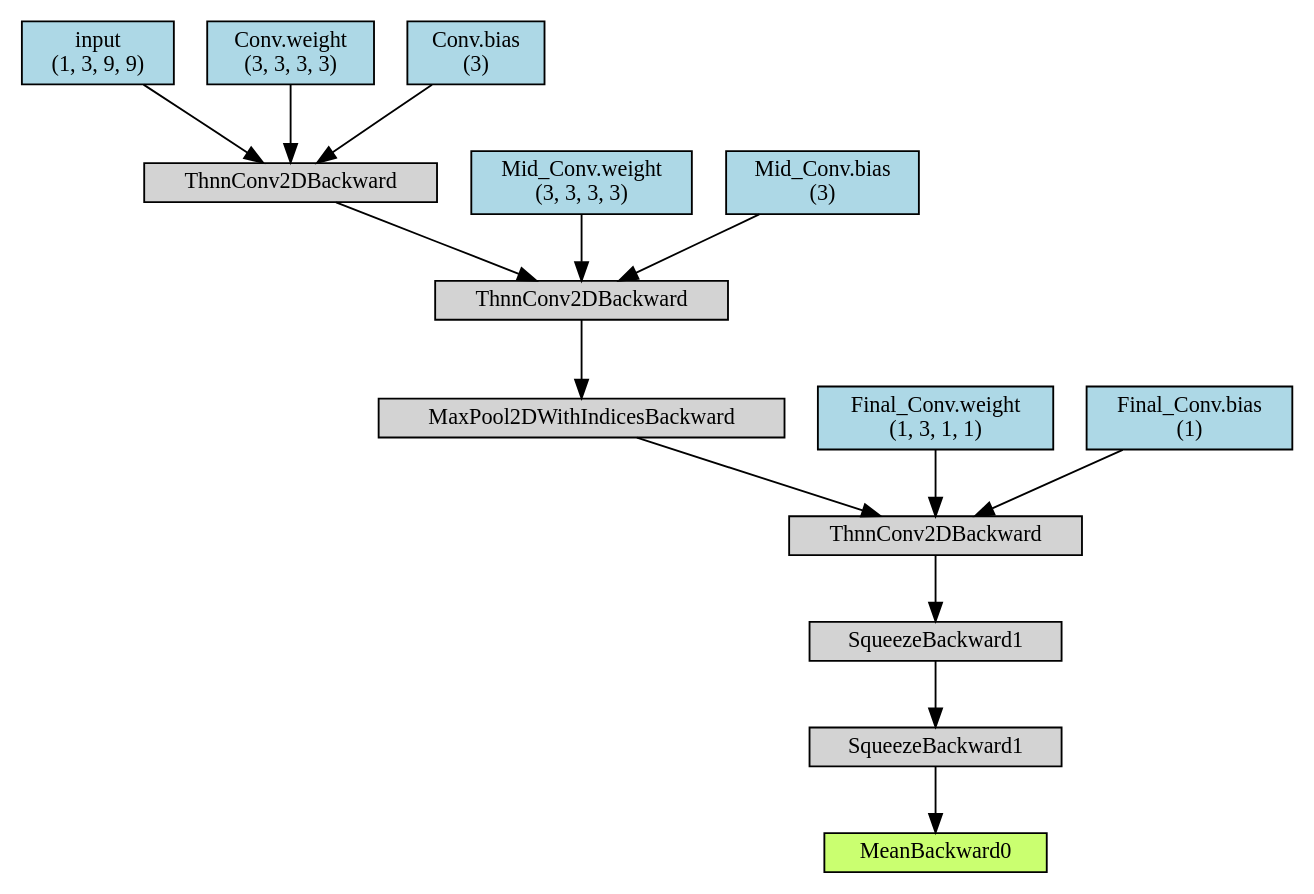
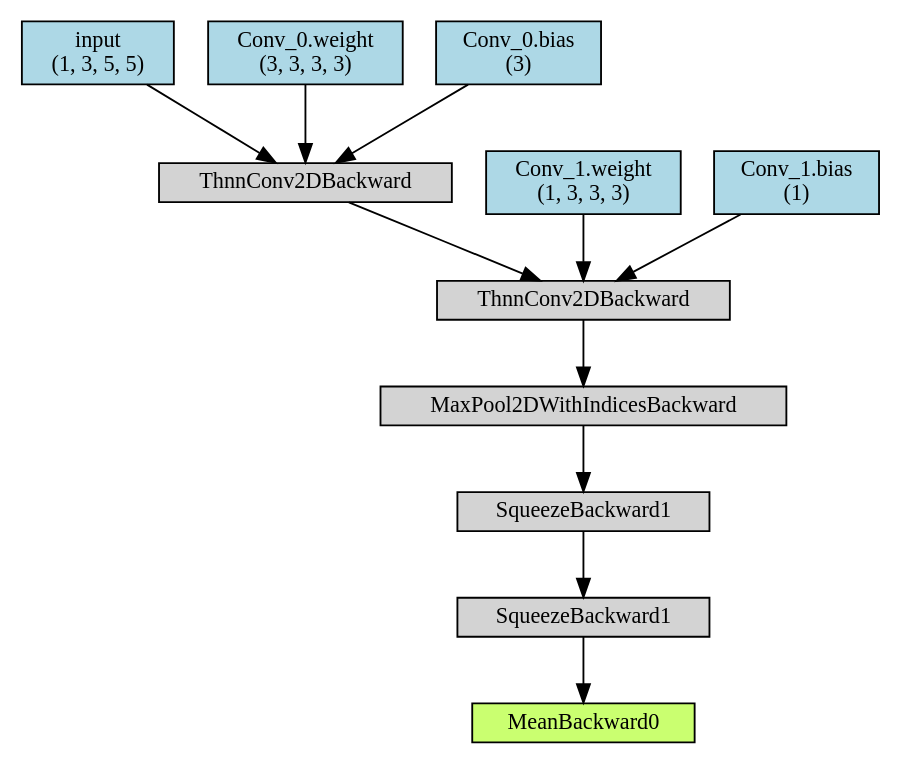
The diagram in Digraph.gv (Yuuuuuuuuuuuuuuuuuummy/Model_Mix), drawn with Graphviz before and after one commit. The commit also changed 7 other files, not shown here.

```diff
--- a/Digraph.gv
+++ b/Digraph.gv
@@ -1,38 +1,30 @@
 digraph {
 	graph [size="12,12"]
 	node [align=left fontsize=12 height=0.2 ranksep=0.1 shape=box style=filled]
-	1886877654152 [label=MeanBackward0 fillcolor=darkolivegreen1]
-	1886877674576 -> 1886877654152
-	1886877674576 [label=SqueezeBackward1]
-	1886877729792 -> 1886877674576
-	1886877729792 [label=SqueezeBackward1]
-	1886877729904 -> 1886877729792
-	1886877729904 [label=ThnnConv2DBackward]
-	1886877832360 -> 1886877729904
-	1886877832360 [label=MaxPool2DWithIndicesBackward]
-	1886877832584 -> 1886877832360
-	1886877832584 [label=ThnnConv2DBackward]
-	1886877832696 -> 1886877832584
-	1886877832696 [label=ThnnConv2DBackward]
-	1886877832920 -> 1886877832696
-	1886877832920 [label="input
- (1, 3, 9, 9)" fillcolor=lightblue]
-	1886877832976 -> 1886877832696
-	1886877832976 [label="Conv.weight
+	2881242082664 [label=MeanBackward0 fillcolor=darkolivegreen1]
+	2881234867704 -> 2881242082664
+	2881234867704 [label=SqueezeBackward1]
+	2881285423568 -> 2881234867704
+	2881285423568 [label=SqueezeBackward1]
+	2881285426984 -> 2881285423568
+	2881285426984 [label=MaxPool2DWithIndicesBackward]
+	2881285493144 -> 2881285426984
+	2881285493144 [label=ThnnConv2DBackward]
+	2881285495272 -> 2881285493144
+	2881285495272 [label=ThnnConv2DBackward]
+	2881285573096 -> 2881285495272
+	2881285573096 [label="input
+ (1, 3, 5, 5)" fillcolor=lightblue]
+	2881285573152 -> 2881285495272
+	2881285573152 [label="Conv_0.weight
  (3, 3, 3, 3)" fillcolor=lightblue]
-	1886877833032 -> 1886877832696
-	1886877833032 [label="Conv.bias
+	2881285573208 -> 2881285495272
+	2881285573208 [label="Conv_0.bias
  (3)" fillcolor=lightblue]
-	1886877832752 -> 1886877832584
-	1886877832752 [label="Mid_Conv.weight
- (3, 3, 3, 3)" fillcolor=lightblue]
-	1886877832808 -> 1886877832584
-	1886877832808 [label="Mid_Conv.bias
- (3)" fillcolor=lightblue]
-	1886877832416 -> 1886877729904
-	1886877832416 [label="Final_Conv.weight
- (1, 3, 1, 1)" fillcolor=lightblue]
-	1886877832472 -> 1886877729904
-	1886877832472 [label="Final_Conv.bias
+	2881285495160 -> 2881285493144
+	2881285495160 [label="Conv_1.weight
+ (1, 3, 3, 3)" fillcolor=lightblue]
+	2881285572200 -> 2881285493144
+	2881285572200 [label="Conv_1.bias
  (1)" fillcolor=lightblue]
 }
```
